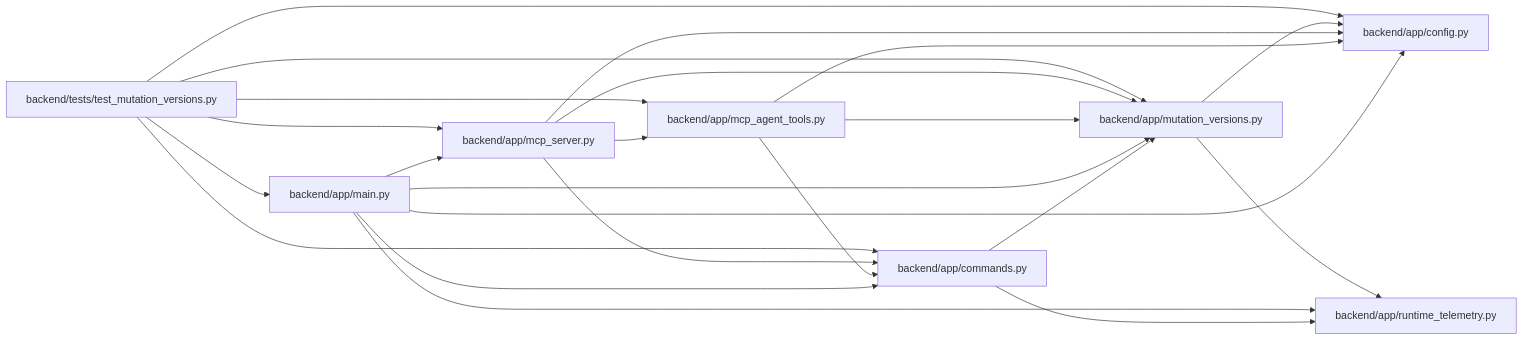
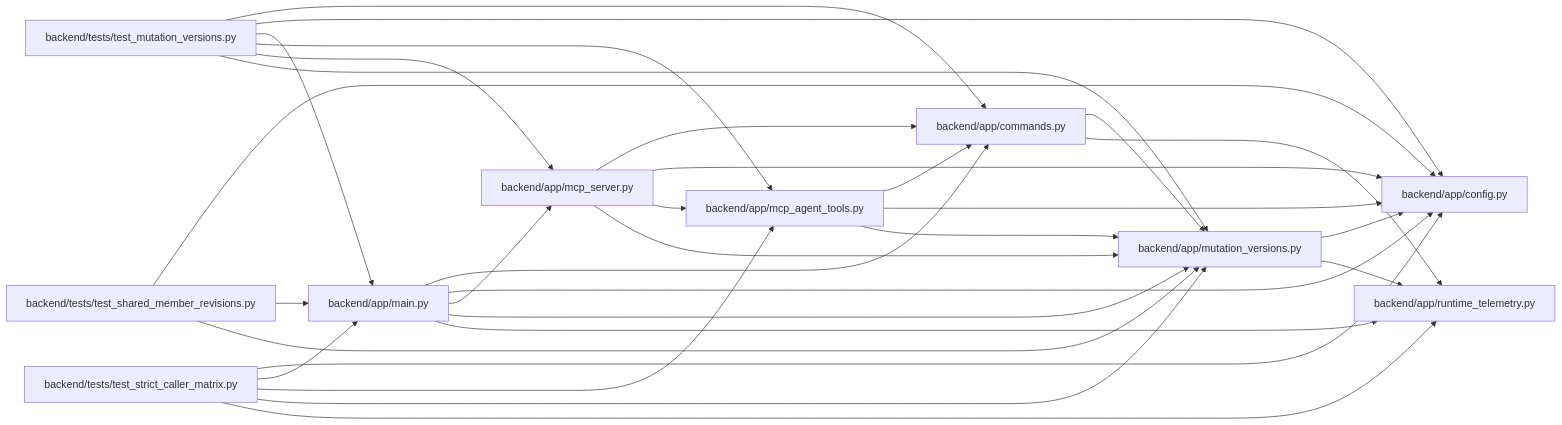
The diagram in docs/llm_wiki/modules/mutation_versions.md (Denissvgn/WorkChord), drawn with Mermaid before and after one commit. The commit also changed other lines of this file and 10148 other files, not shown here.

````diff
--- a/docs/llm_wiki/modules/mutation_versions.md
+++ b/docs/llm_wiki/modules/mutation_versions.md
@@ -21,41 +21,53 @@
 ```mermaid
 flowchart LR
     n0["backend/app/commands.py"]
     n1["backend/app/config.py"]
     n2["backend/app/main.py"]
     n3["backend/app/mcp_agent_tools.py"]
     n4["backend/app/mcp_server.py"]
     n5["backend/app/mutation_versions.py"]
     n6["backend/app/runtime_telemetry.py"]
     n7["backend/tests/test_mutation_versions.py"]
+    n8["backend/tests/test_shared_member_revisions.py"]
+    n9["backend/tests/test_strict_caller_matrix.py"]
     n0 --> n5
     n0 --> n6
     n2 --> n0
     n2 --> n1
     n2 --> n4
     n2 --> n5
     n2 --> n6
     n3 --> n0
     n3 --> n1
     n3 --> n5
     n4 --> n0
     n4 --> n1
     n4 --> n3
     n4 --> n5
     n5 --> n1
     n5 --> n6
     n7 --> n0
     n7 --> n1
     n7 --> n2
     n7 --> n3
     n7 --> n4
     n7 --> n5
+    n8 --> n1
+    n8 --> n2
+    n8 --> n5
+    n9 --> n1
+    n9 --> n2
+    n9 --> n3
+    n9 --> n5
+    n9 --> n6
     click n0 "../modules/commands.md"
     click n1 "../modules/config.md"
     click n2 "../modules/app_main.md"
     click n3 "../modules/mcp_agent_tools.md"
     click n4 "../modules/mcp_server.md"
     click n5 "../modules/mutation_versions.md"
     click n6 "../modules/runtime_telemetry.md"
     click n7 "../modules/test_mutation_versions.md"
+    click n8 "../modules/test_shared_member_revisions.md"
+    click n9 "../modules/test_strict_caller_matrix.md"
 ```
````
